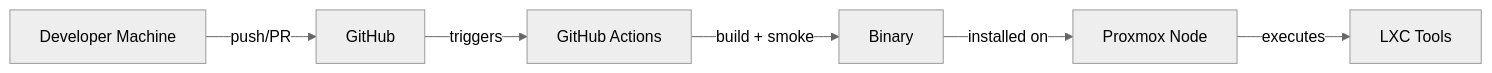
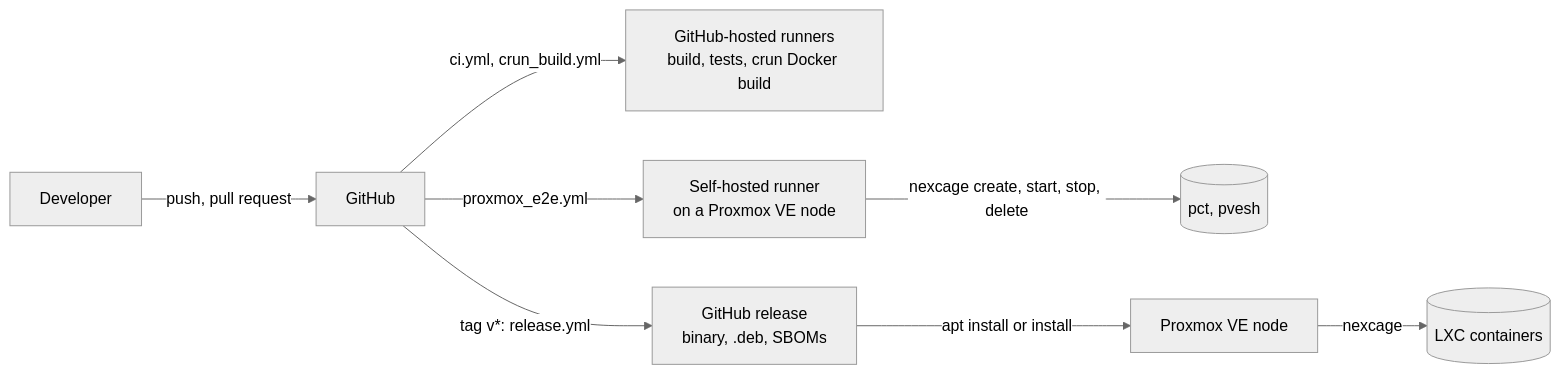
The diagram in docs/architecture/DEPLOYMENT.md (CageForge/nexcage), drawn with Mermaid (neutral theme) before and after one commit. The commit also changed 52 other files, not shown here.

````diff
--- a/docs/architecture/DEPLOYMENT.md
+++ b/docs/architecture/DEPLOYMENT.md
@@ -3,14 +3,10 @@
 ```mermaid
 flowchart LR
-  Dev[Developer Machine]
-  GH[GitHub]
-  CI[GitHub Actions]
-  Node[Proxmox Node]
-  LXC[LXC Tools]
-
-  Dev -- push/PR --> GH
-  GH -- triggers --> CI
-  CI -- build + smoke --> Artifact[Binary]
-  Artifact -- installed on --> Node
-  Node -- executes --> LXC
+  Dev[Developer] -- push, pull request --> GH[GitHub]
+  GH -- ci.yml, crun_build.yml --> Hosted["GitHub-hosted runners<br/>build, tests, crun Docker build"]
+  GH -- proxmox_e2e.yml --> Runner["Self-hosted runner<br/>on a Proxmox VE node"]
+  Runner -- nexcage create, start, stop, delete --> E2E[("pct, pvesh")]
+  GH -- "tag v*: release.yml" --> Release["GitHub release<br/>binary, .deb, SBOMs"]
+  Release -- apt install or install --> Node["Proxmox VE node"]
+  Node -- nexcage --> LXC[("LXC containers")]
 ```
````
